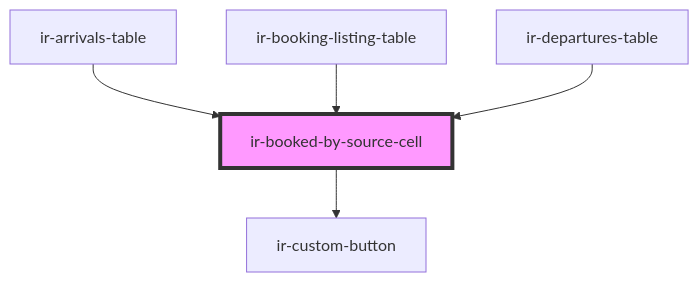
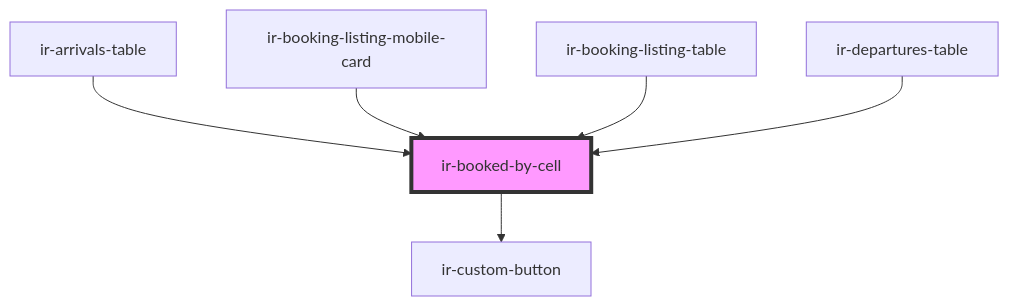
One commit to David1Chowaifaty/modified-ir-webcmp changed the diagram in src/components/table-cells/booking/ir-booked-by-cell/readme.md. Above: the diagram before and after it, drawn with Mermaid. The commit also changed other lines of this file and 69 other files, not shown here.

````diff
--- a/src/components/table-cells/booking/ir-booked-by-cell/readme.md
+++ b/src/components/table-cells/booking/ir-booked-by-cell/readme.md
@@ -46,8 +48,9 @@
 ```mermaid
 graph TD;
-  ir-booked-by-source-cell --> ir-custom-button
-  ir-arrivals-table --> ir-booked-by-source-cell
-  ir-booking-listing-table --> ir-booked-by-source-cell
-  ir-departures-table --> ir-booked-by-source-cell
-  style ir-booked-by-source-cell fill:#f9f,stroke:#333,stroke-width:4px
+  ir-booked-by-cell --> ir-custom-button
+  ir-arrivals-table --> ir-booked-by-cell
+  ir-booking-listing-mobile-card --> ir-booked-by-cell
+  ir-booking-listing-table --> ir-booked-by-cell
+  ir-departures-table --> ir-booked-by-cell
+  style ir-booked-by-cell fill:#f9f,stroke:#333,stroke-width:4px
 ```
````
